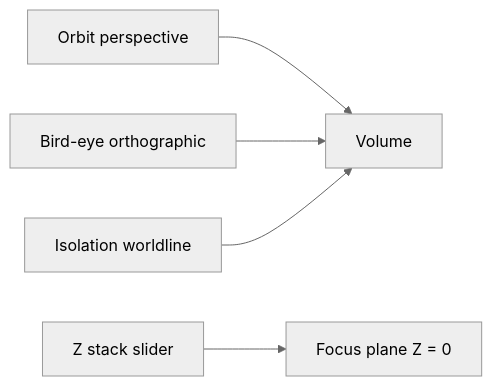
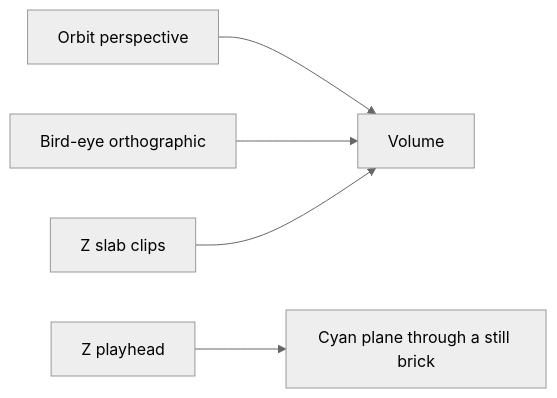
The ninth of 16 diagrams in architecture.md (PiMaV/DONNER), drawn with Mermaid (neutral theme) before and after one commit. The commit also changed other lines of this file and 30 other files, not shown here.

First line of the commit message:
Treat Pause as RAM-tape inspect with a Z slab so Live stays a Depth wake and still lives do not grow endless towers.

````diff
--- a/architecture.md
+++ b/architecture.md
@@ -182,11 +201,11 @@
 ```mermaid
 flowchart LR
   orbit[Orbit perspective]
   bird[Bird-eye orthographic]
-  iso[Isolation worldline]
-  scrub[Z stack slider]
+  slab[Z slab clips]
+  scrub[Z playhead]
   orbit --> volume[Volume]
   bird --> volume
-  iso --> volume
-  scrub --> plane[Focus plane Z = 0]
+  slab --> volume
+  scrub --> plane[Cyan plane through a still brick]
 ```
````
